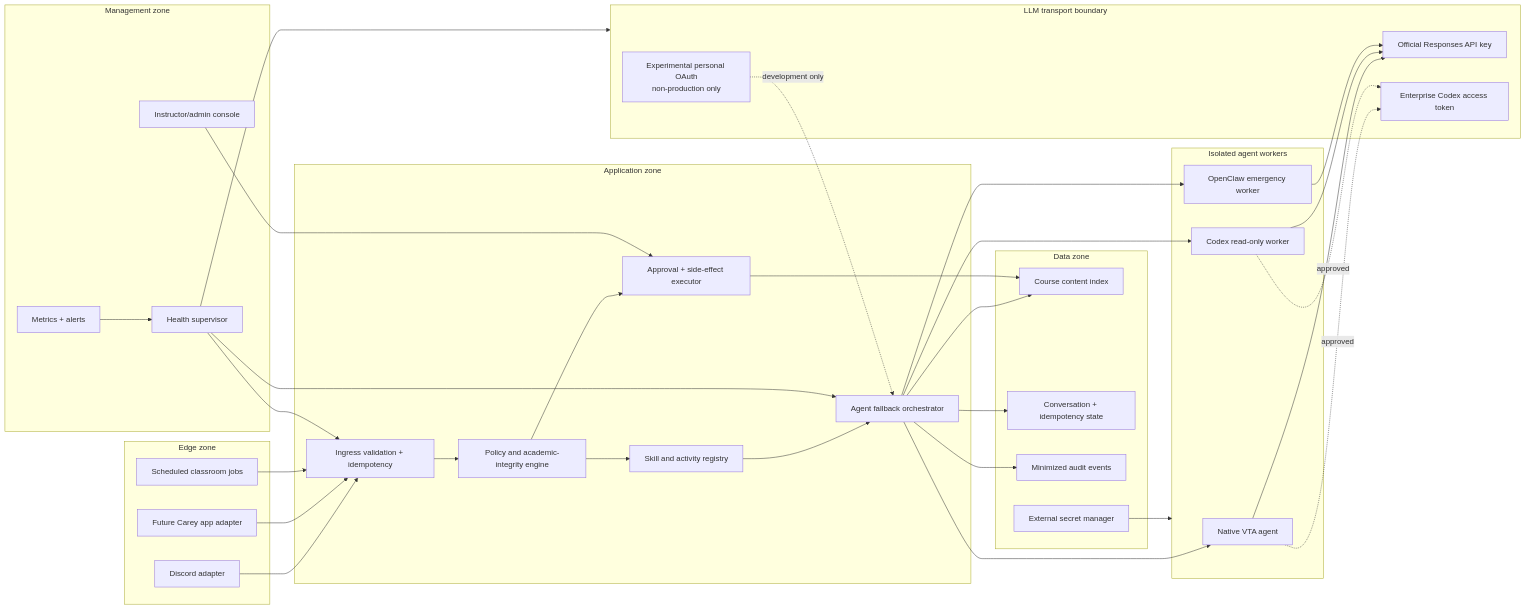
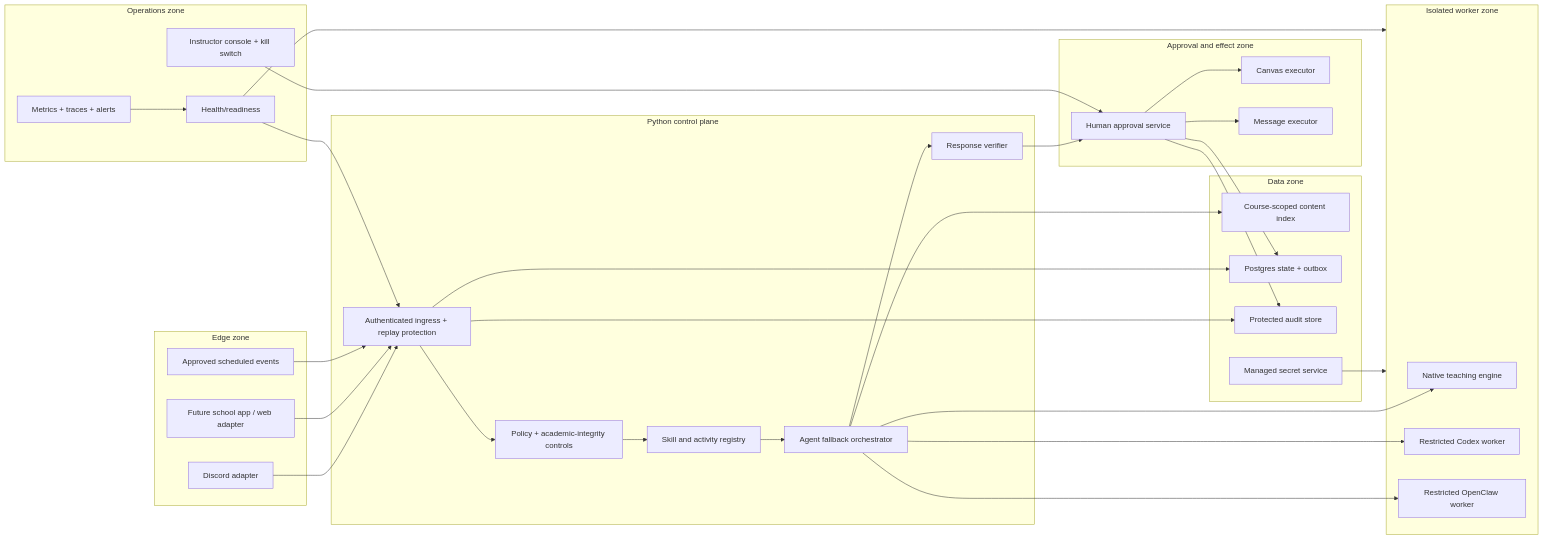
One commit to zeron-G/VTA changed the second of 2 diagrams in docs/architecture/overview.md. Above: the diagram before and after it, drawn with Mermaid. The commit also changed other lines of this file and 35 other files, not shown here.

````diff
--- a/docs/architecture/overview.md
+++ b/docs/architecture/overview.md
@@ -16,66 +53,63 @@
 ```mermaid
 flowchart LR
     subgraph Edge["Edge zone"]
       Discord["Discord adapter"]
-      App["Future Carey app adapter"]
-      Jobs["Scheduled classroom jobs"]
+      App["Future school app / web adapter"]
+      Jobs["Approved scheduled events"]
     end
 
-    subgraph Core["Application zone"]
-      Ingress["Ingress validation + idempotency"]
-      Policy["Policy and academic-integrity engine"]
+    subgraph Core["Python control plane"]
+      Ingress["Authenticated ingress + replay protection"]
+      Policy["Policy + academic-integrity controls"]
       Skills["Skill and activity registry"]
       Router["Agent fallback orchestrator"]
-      Approval["Approval + side-effect executor"]
+      Verify["Response verifier"]
     end
 
-    subgraph Agents["Isolated agent workers"]
-      Native["Native VTA agent"]
-      Codex["Codex read-only worker"]
-      OpenClaw["OpenClaw emergency worker"]
+    subgraph Workers["Isolated worker zone"]
+      Native["Native teaching engine"]
+      Codex["Restricted Codex worker"]
+      OpenClaw["Restricted OpenClaw worker"]
     end
 
-    subgraph LLM["LLM transport boundary"]
-      API["Official Responses API key"]
-      Enterprise["Enterprise Codex access token"]
-      Experimental["Experimental personal OAuth\nnon-production only"]
+    subgraph Effects["Approval and effect zone"]
+      Approval["Human approval service"]
+      CanvasWrite["Canvas executor"]
+      Message["Message executor"]
     end
 
     subgraph Data["Data zone"]
-      Course["Course content index"]
-      State["Conversation + idempotency state"]
-      Audit["Minimized audit events"]
-      Secrets["External secret manager"]
+      Course["Course-scoped content index"]
+      State["Postgres state + outbox"]
+      Audit["Protected audit store"]
+      Secrets["Managed secret service"]
     end
 
-    subgraph Control["Management zone"]
-      Health["Health supervisor"]
-      Metrics["Metrics + alerts"]
-      Admin["Instructor/admin console"]
+    subgraph Ops["Operations zone"]
+      Health["Health/readiness"]
+      Metrics["Metrics + traces + alerts"]
+      Console["Instructor console + kill switch"]
     end
 
     Discord --> Ingress
     App --> Ingress
     Jobs --> Ingress
     Ingress --> Policy --> Skills --> Router
     Router --> Native
     Router --> Codex
     Router --> OpenClaw
-    Native --> API
-    Native -. approved .-> Enterprise
-    Codex --> API
-    Codex -. approved .-> Enterprise
-    OpenClaw --> API
-    Experimental -. development only .-> Router
+    Router --> Verify
+    Verify --> Approval
+    Approval --> CanvasWrite
+    Approval --> Message
     Router --> Course
-    Router --> State
-    Router --> Audit
-    Policy --> Approval
-    Approval --> Course
-    Secrets --> Agents
+    Ingress --> State
+    Approval --> State
+    Ingress --> Audit
+    Approval --> Audit
+    Secrets --> Workers
     Health --> Ingress
-    Health --> Router
-    Health --> LLM
+    Health --> Workers
     Metrics --> Health
-    Admin --> Approval
+    Console --> Approval
 ```
````
